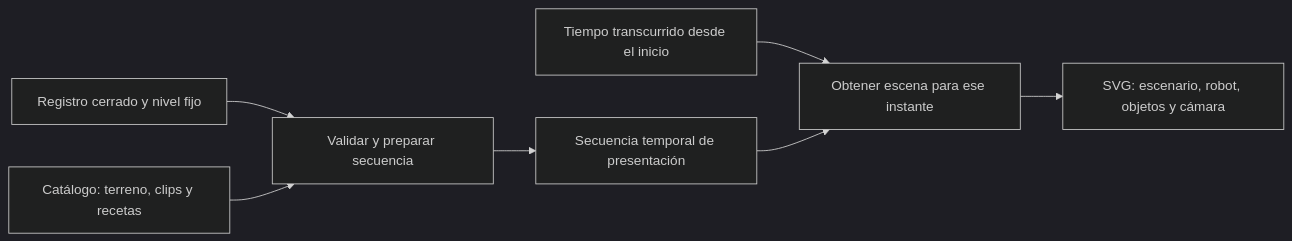
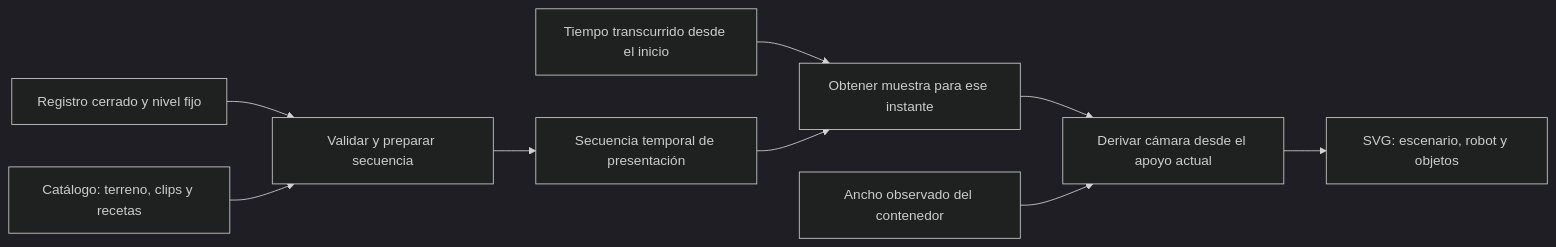
Before and after one commit to guilleojeda/prompt-runner-game: the diagram in docs/architecture/animacion.md, drawn with Mermaid (dark theme). The commit also changed other lines of this file and 6 other files, not shown here.

````diff
--- a/docs/architecture/animacion.md
+++ b/docs/architecture/animacion.md
@@ -9,9 +9,11 @@
 ```mermaid
 flowchart LR
   R[Registro cerrado y nivel fijo] --> V[Validar y preparar secuencia]
   C[Catálogo: terreno, clips y recetas] --> V
   V --> T[Secuencia temporal de presentación]
-  P[Tiempo transcurrido desde el inicio] --> S[Obtener escena para ese instante]
+  P[Tiempo transcurrido desde el inicio] --> S[Obtener muestra para ese instante]
   T --> S
-  S --> D[SVG: escenario, robot, objetos y cámara]
+  S --> K[Derivar cámara desde el apoyo actual]
+  W[Ancho observado del contenedor] --> K
+  K --> D[SVG: escenario, robot y objetos]
 ```
````
